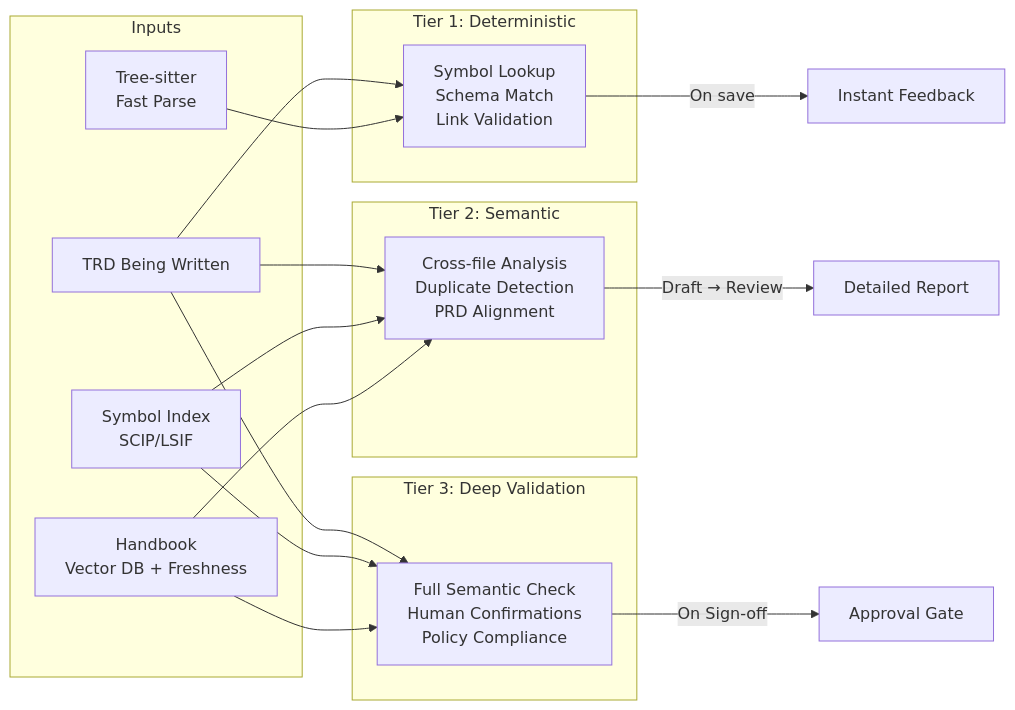
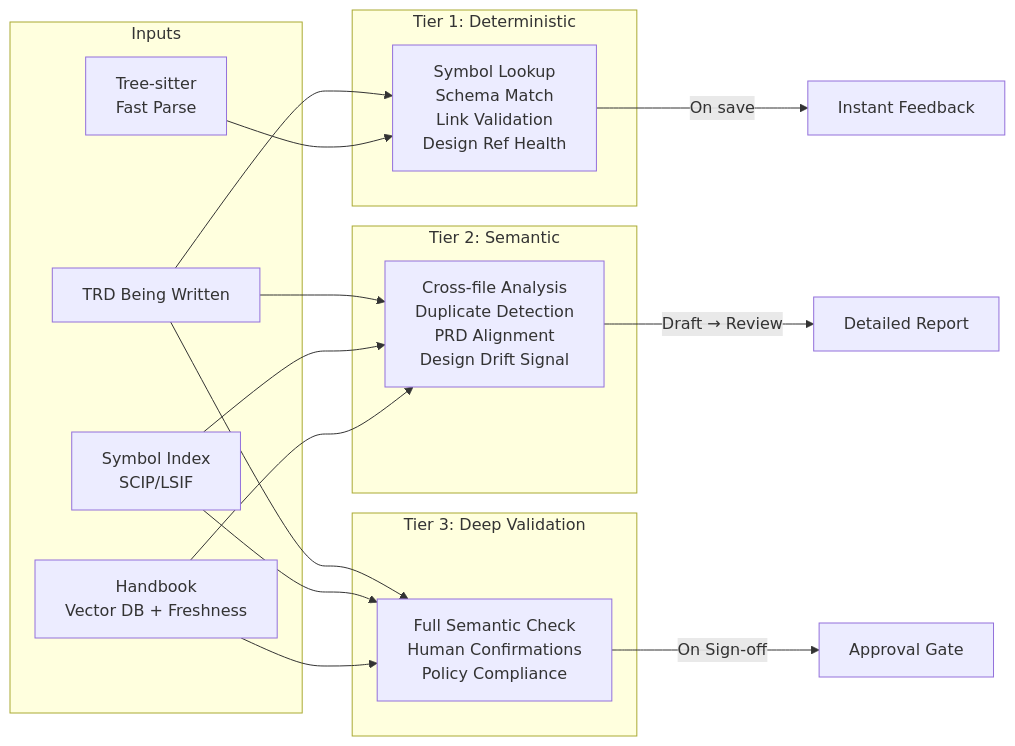
The eighth of 9 diagrams in docs/architecture.md (ckmonish2000/Garfield), drawn with Mermaid before and after one commit. The commit also changed other lines of this file, not shown here.

````diff
--- a/docs/architecture.md
+++ b/docs/architecture.md
@@ -447,29 +472,29 @@
 ```mermaid
 flowchart LR
     subgraph Inputs
         TRD[TRD Being Written]
         IDX[Symbol Index<br/>SCIP/LSIF]
         TS[Tree-sitter<br/>Fast Parse]
         HB[Handbook<br/>Vector DB + Freshness]
     end
 
     subgraph Tier1["Tier 1: Deterministic"]
-        T1[Symbol Lookup<br/>Schema Match<br/>Link Validation]
+        T1[Symbol Lookup<br/>Schema Match<br/>Link Validation<br/>Design Ref Health]
     end
 
     subgraph Tier2["Tier 2: Semantic"]
-        T2[Cross-file Analysis<br/>Duplicate Detection<br/>PRD Alignment]
+        T2[Cross-file Analysis<br/>Duplicate Detection<br/>PRD Alignment<br/>Design Drift Signal]
     end
 
     subgraph Tier3["Tier 3: Deep Validation"]
         T3[Full Semantic Check<br/>Human Confirmations<br/>Policy Compliance]
     end
 
     TRD --> T1
     TS --> T1
     T1 -->|On save| R1[Instant Feedback]
     TRD & IDX & HB --> T2
     T2 -->|Draft → Review| R2[Detailed Report]
     TRD & IDX & HB --> T3
     T3 -->|On Sign-off| R3[Approval Gate]
 ```
````
